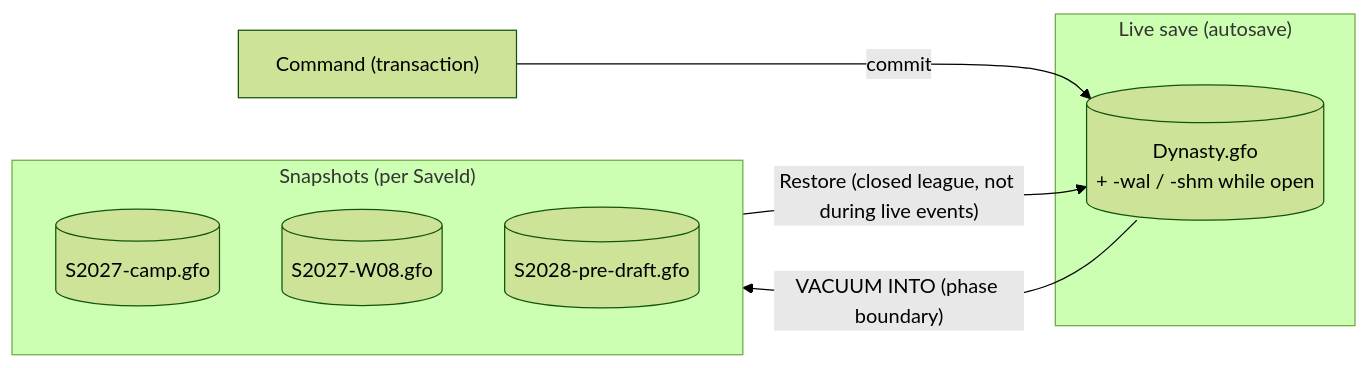
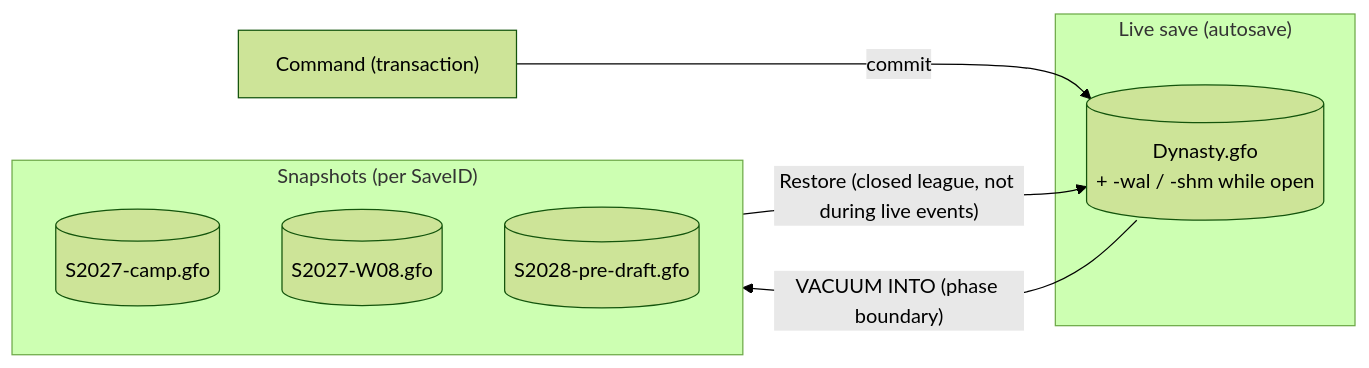
One commit to BenjaminGroseclose/Gridiron-Front-Office changed the first of 2 diagrams in docs/architecture/PERSISTENCE.md. Above: the diagram before and after it, drawn with Mermaid (forest theme). The commit also changed other lines of this file and 47 other files, not shown here.

````diff
--- a/docs/architecture/PERSISTENCE.md
+++ b/docs/architecture/PERSISTENCE.md
@@ -23,14 +23,14 @@
 ```mermaid
 flowchart LR
     subgraph Live["Live save (autosave)"]
       DB[("Dynasty.gfo<br/>+ -wal / -shm while open")]
     end
-    subgraph Snap["Snapshots (per SaveId)"]
+    subgraph Snap["Snapshots (per SaveID)"]
       S1[("S2027-camp.gfo")]
       S2[("S2027-W08.gfo")]
       S3[("S2028-pre-draft.gfo")]
     end
     Cmd["Command (transaction)"] -->|commit| DB
     DB -->|"VACUUM INTO (phase boundary)"| Snap
     Snap -->|"Restore (closed league, not during live events)"| DB
 ```
````
